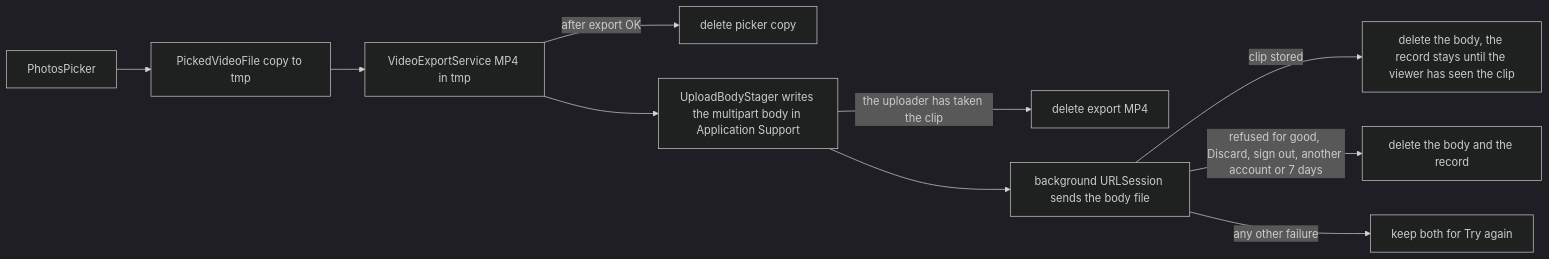
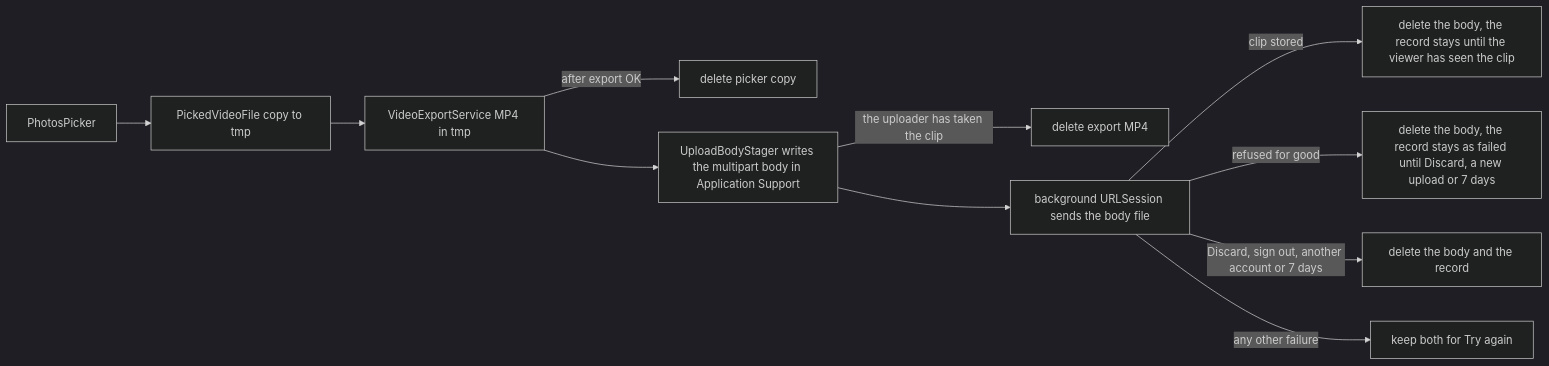
The seventh of 7 diagrams in ARCHITECTURE.md (SomsakGitHub/Marauders), drawn with Mermaid (dark theme) before and after one commit. The commit also changed other lines of this file and 1 other file, not shown here.

First line of the commit message:
Correct the upload documentation after review

````diff
--- a/ARCHITECTURE.md
+++ b/ARCHITECTURE.md
@@ -590,12 +591,13 @@
 ```mermaid
 flowchart LR
   Picker[PhotosPicker] --> Copy[PickedVideoFile copy to tmp]
   Copy --> Export[VideoExportService MP4 in tmp]
   Export -->|after export OK| DeleteP[delete picker copy]
   Export --> Stage[UploadBodyStager writes the multipart body in Application Support]
   Stage -->|the uploader has taken the clip| DeleteE[delete export MP4]
   Stage --> Send[background URLSession sends the body file]
   Send -->|clip stored| DeleteB[delete the body, the record stays until the viewer has seen the clip]
-  Send -->|refused for good, Discard, sign out, another account or 7 days| DeleteAll[delete the body and the record]
+  Send -->|refused for good| DeleteR[delete the body, the record stays as failed until Discard, a new upload or 7 days]
+  Send -->|Discard, sign out, another account or 7 days| DeleteAll[delete the body and the record]
   Send -->|any other failure| Keep[keep both for Try again]
 ```
````
